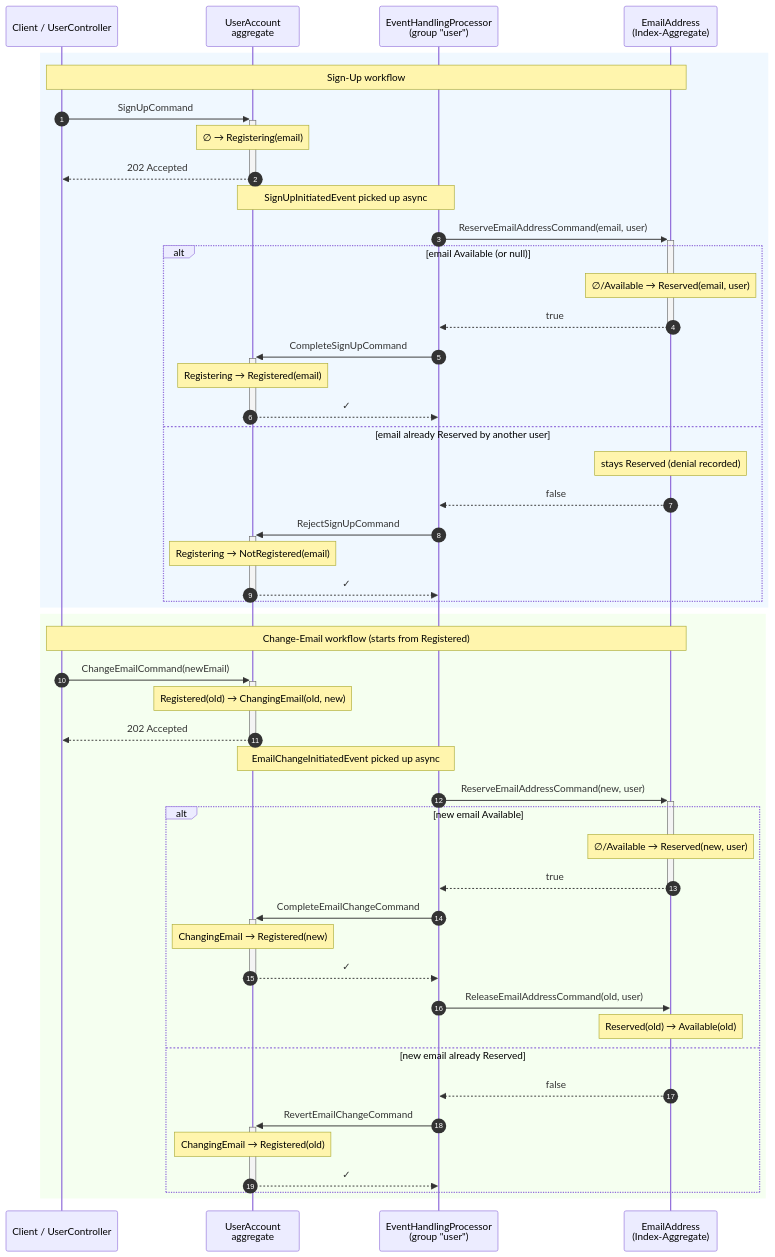
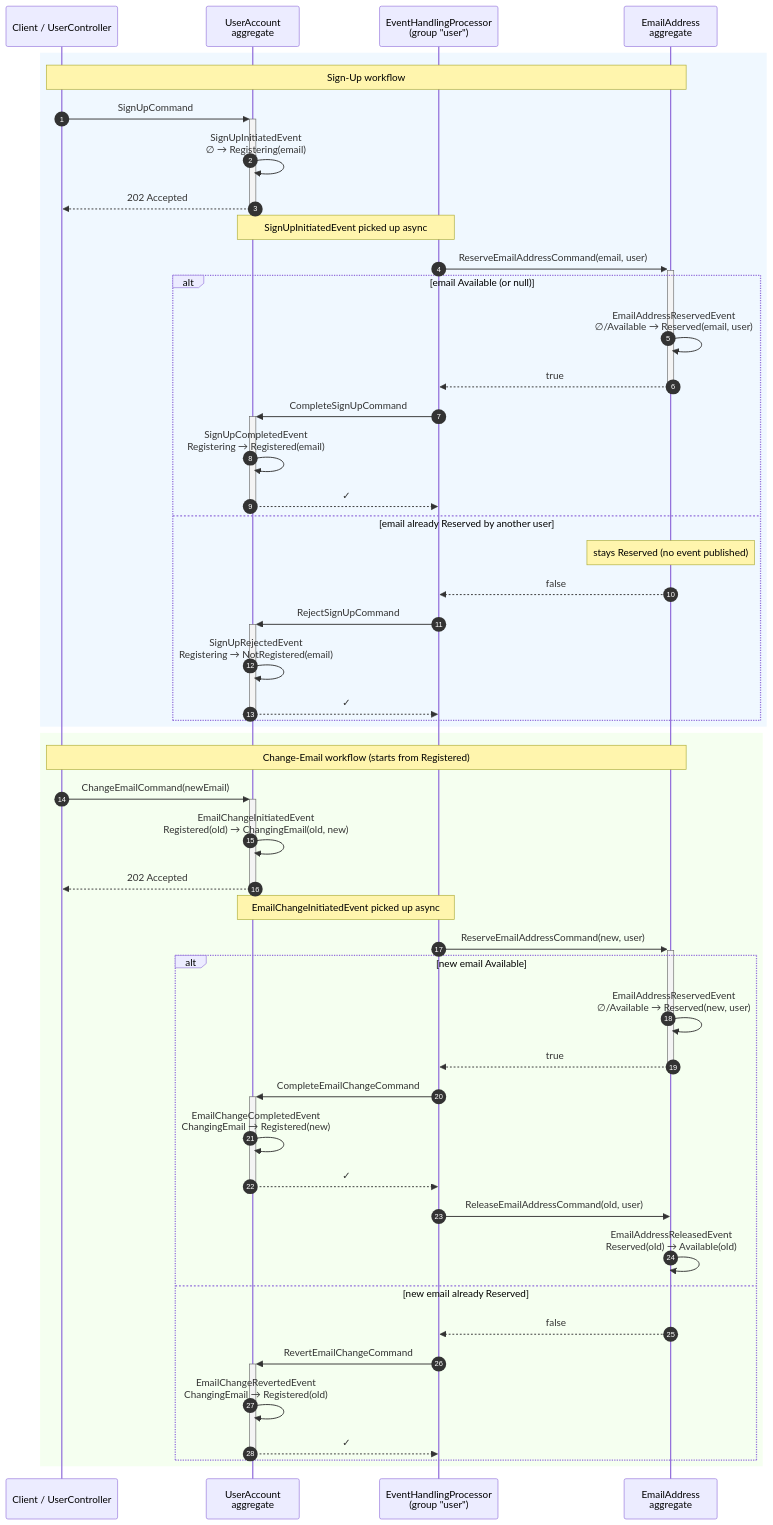
One commit to dxfrontiers/opencqrs-samples changed the diagram in reservation-pattern/README.md. Above: the diagram before and after it, drawn with Mermaid. The commit also changed other lines of this file, not shown here.

Commit message:
refactor README to clarify reservation pattern sequence diagrams

````diff
--- a/reservation-pattern/README.md
+++ b/reservation-pattern/README.md
@@ -58,53 +60,53 @@
 ```mermaid
 sequenceDiagram
     autonumber
     participant Client as Client / UserController
     participant UA as UserAccount<br/>aggregate
     participant EHP as EventHandlingProcessor<br/>(group "user")
-    participant EA as EmailAddress<br/>(Index-Aggregate)
+    participant EA as EmailAddress<br/>aggregate
 
     rect rgb(240,248,255)
     Note over Client,EA: Sign-Up workflow
     Client->>+UA: SignUpCommand
-    Note over UA: ∅ → Registering(email)
+    UA->>UA: SignUpInitiatedEvent<br/>∅ → Registering(email)
     UA-->>-Client: 202 Accepted
     Note over UA,EHP: SignUpInitiatedEvent picked up async
     EHP->>+EA: ReserveEmailAddressCommand(email, user)
     alt email Available (or null)
-        Note over EA: ∅/Available → Reserved(email, user)
+        EA->>EA: EmailAddressReservedEvent<br/>∅/Available → Reserved(email, user)
         EA-->>-EHP: true
         EHP->>+UA: CompleteSignUpCommand
-        Note over UA: Registering → Registered(email)
+        UA->>UA: SignUpCompletedEvent<br/>Registering → Registered(email)
         UA-->>-EHP: ✓
     else email already Reserved by another user
-        Note over EA: stays Reserved (denial recorded)
+        Note over EA: stays Reserved (no event published)
         EA-->>EHP: false
         EHP->>+UA: RejectSignUpCommand
-        Note over UA: Registering → NotRegistered(email)
+        UA->>UA: SignUpRejectedEvent<br/>Registering → NotRegistered(email)
         UA-->>-EHP: ✓
     end
     end
 
     rect rgb(245,255,240)
     Note over Client,EA: Change-Email workflow (starts from Registered)
     Client->>+UA: ChangeEmailCommand(newEmail)
-    Note over UA: Registered(old) → ChangingEmail(old, new)
+    UA->>UA: EmailChangeInitiatedEvent<br/>Registered(old) → ChangingEmail(old, new)
     UA-->>-Client: 202 Accepted
     Note over UA,EHP: EmailChangeInitiatedEvent picked up async
     EHP->>+EA: ReserveEmailAddressCommand(new, user)
     alt new email Available
-        Note over EA: ∅/Available → Reserved(new, user)
+        EA->>EA: EmailAddressReservedEvent<br/>∅/Available → Reserved(new, user)
         EA-->>-EHP: true
         EHP->>+UA: CompleteEmailChangeCommand
-        Note over UA: ChangingEmail → Registered(new)
+        UA->>UA: EmailChangeCompletedEvent<br/>ChangingEmail → Registered(new)
         UA-->>-EHP: ✓
         EHP->>EA: ReleaseEmailAddressCommand(old, user)
-        Note over EA: Reserved(old) → Available(old)
+        EA->>EA: EmailAddressReleasedEvent<br/>Reserved(old) → Available(old)
     else new email already Reserved
         EA-->>EHP: false
         EHP->>+UA: RevertEmailChangeCommand
-        Note over UA: ChangingEmail → Registered(old)
+        UA->>UA: EmailChangeRevertedEvent<br/>ChangingEmail → Registered(old)
         UA-->>-EHP: ✓
     end
     end
 ```
````
